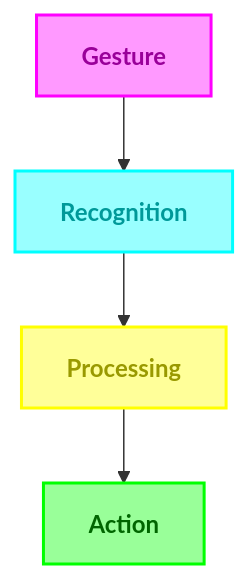
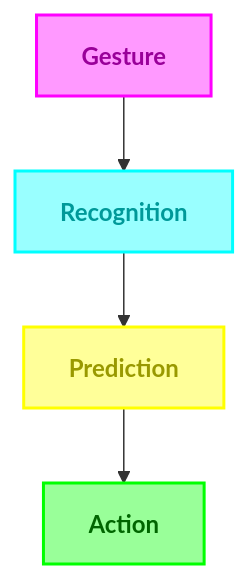
One commit to notcaliper/HandGaze changed the second of 4 diagrams in docs/FEATURES.md. Above: the diagram before and after it, drawn with Mermaid. The commit also changed other lines of this file and 11 other files, not shown here.

````diff
--- a/docs/FEATURES.md
+++ b/docs/FEATURES.md
@@ -65,10 +65,10 @@
 ```mermaid
 graph TD
     A[Gesture] --> B[Recognition]
-    B --> C[Processing]
+    B --> C[Prediction]
     C --> D[Action]
     style A fill:#ff99ff,stroke:#ff00ff,stroke-width:2px,color:#990099,font-weight:bold
     style B fill:#99ffff,stroke:#00ffff,stroke-width:2px,color:#009999,font-weight:bold
     style C fill:#ffff99,stroke:#ffff00,stroke-width:2px,color:#999900,font-weight:bold
     style D fill:#99ff99,stroke:#00ff00,stroke-width:2px,color:#006600,font-weight:bold
 ```
````
